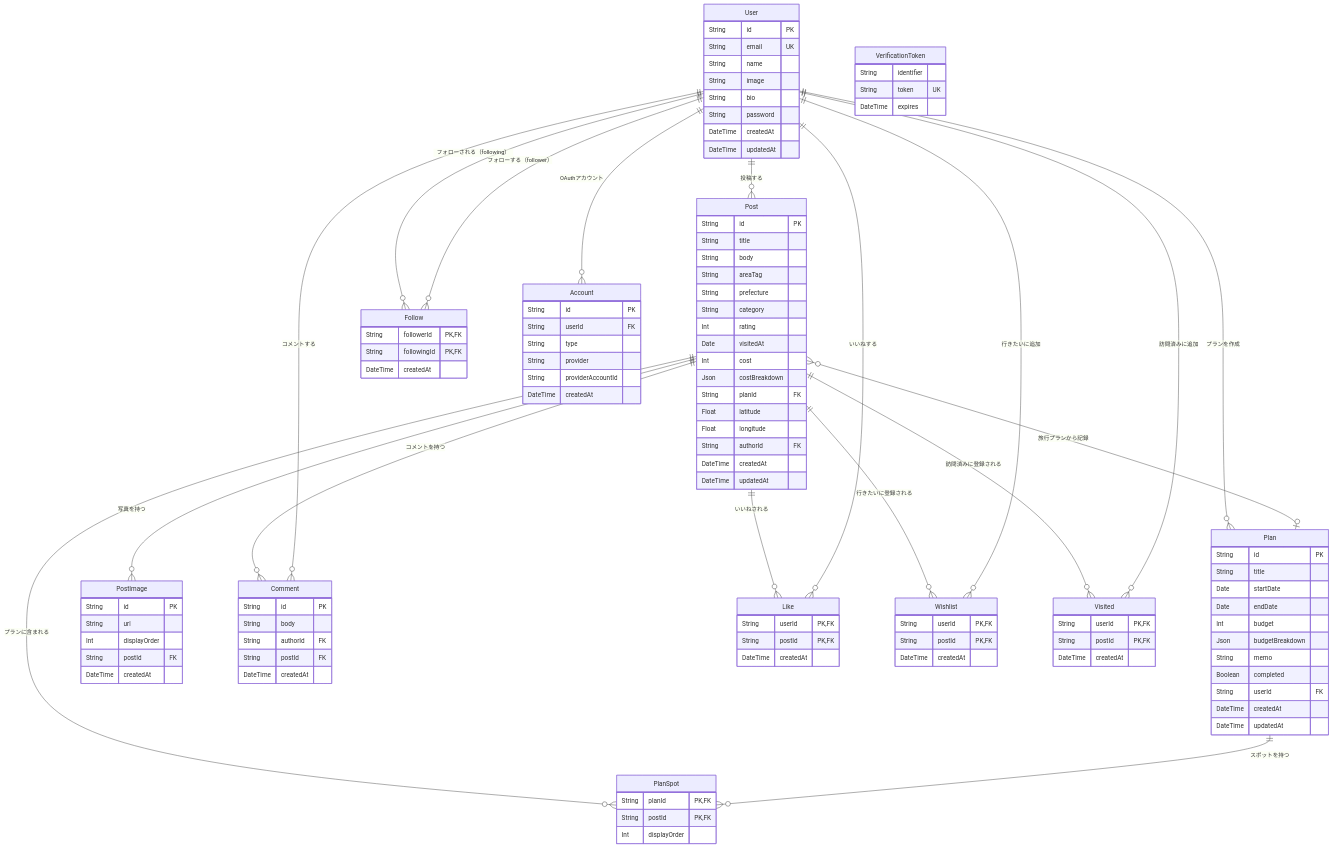
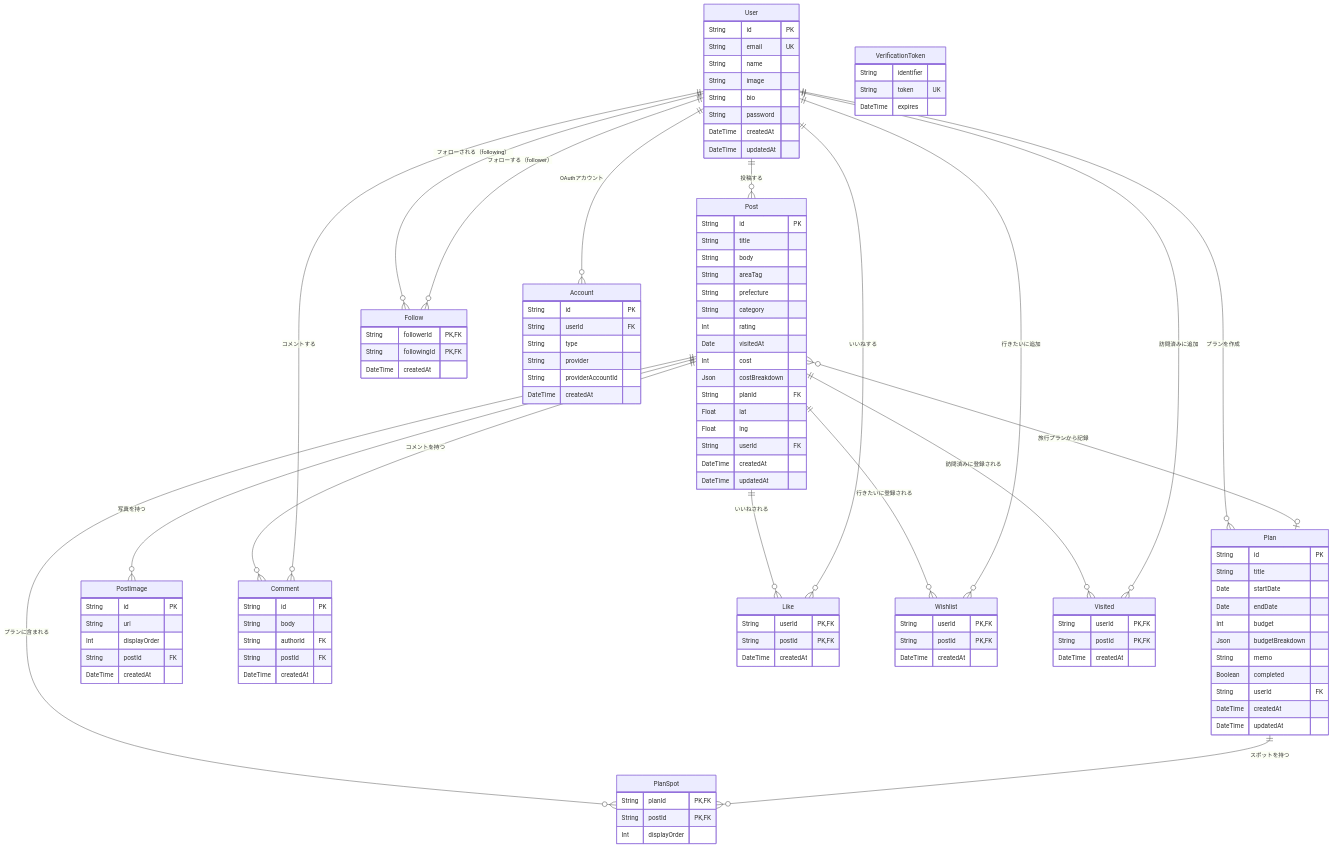
The diagram in docs/DB設計書.md (saki-nakata/TripDiary), drawn with Mermaid before and after one commit. The commit also changed other lines of this file and 15 other files, not shown here.

```diff
--- a/docs/DB設計書.md
+++ b/docs/DB設計書.md
@@ -46,9 +46,9 @@
         Int cost
         Json costBreakdown
         String planId FK
-        Float latitude
-        Float longitude
-        String authorId FK
+        Float lat
+        Float lng
+        String userId FK
         DateTime createdAt
         DateTime updatedAt
     }
```
